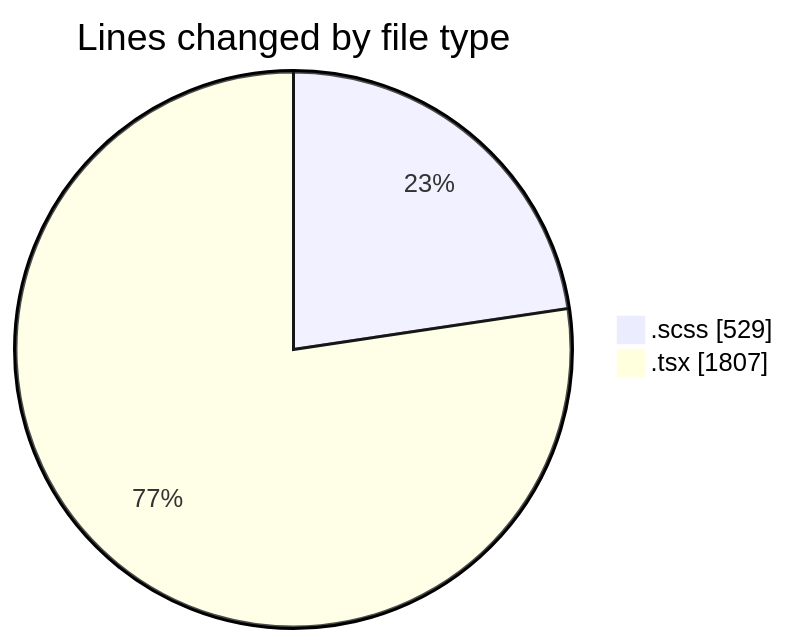
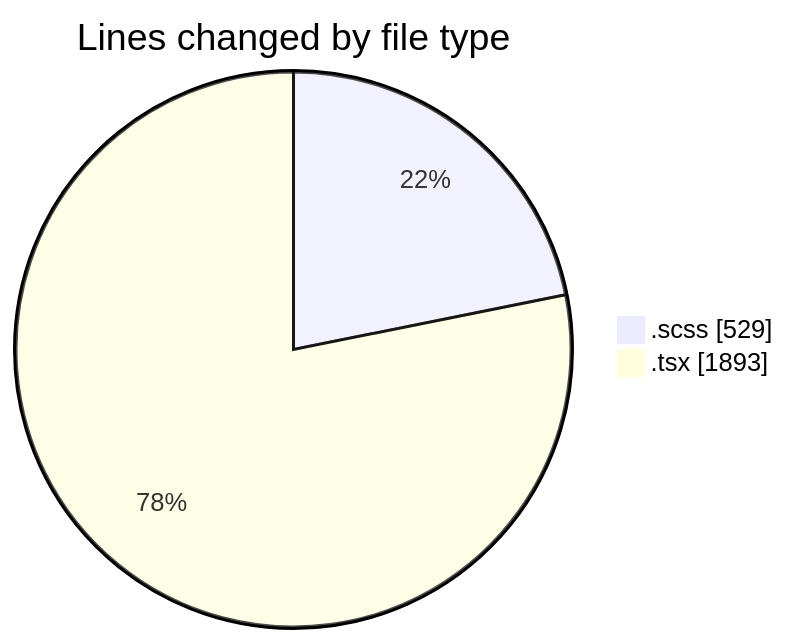
One commit to momahboobian/code-tracking changed the first of 2 diagrams in 2025-08-28/cda/README.md. Above: the diagram before and after it, drawn with Mermaid. The commit also changed other lines of this file and 1 other file, not shown here.

````diff
--- a/2025-08-28/cda/README.md
+++ b/2025-08-28/cda/README.md
@@ -26,6 +27,6 @@
 ```mermaid
 pie showData
 title Lines changed by file type
 ".scss" : 529
-".tsx" : 1807
+".tsx" : 1893
 ```
````
